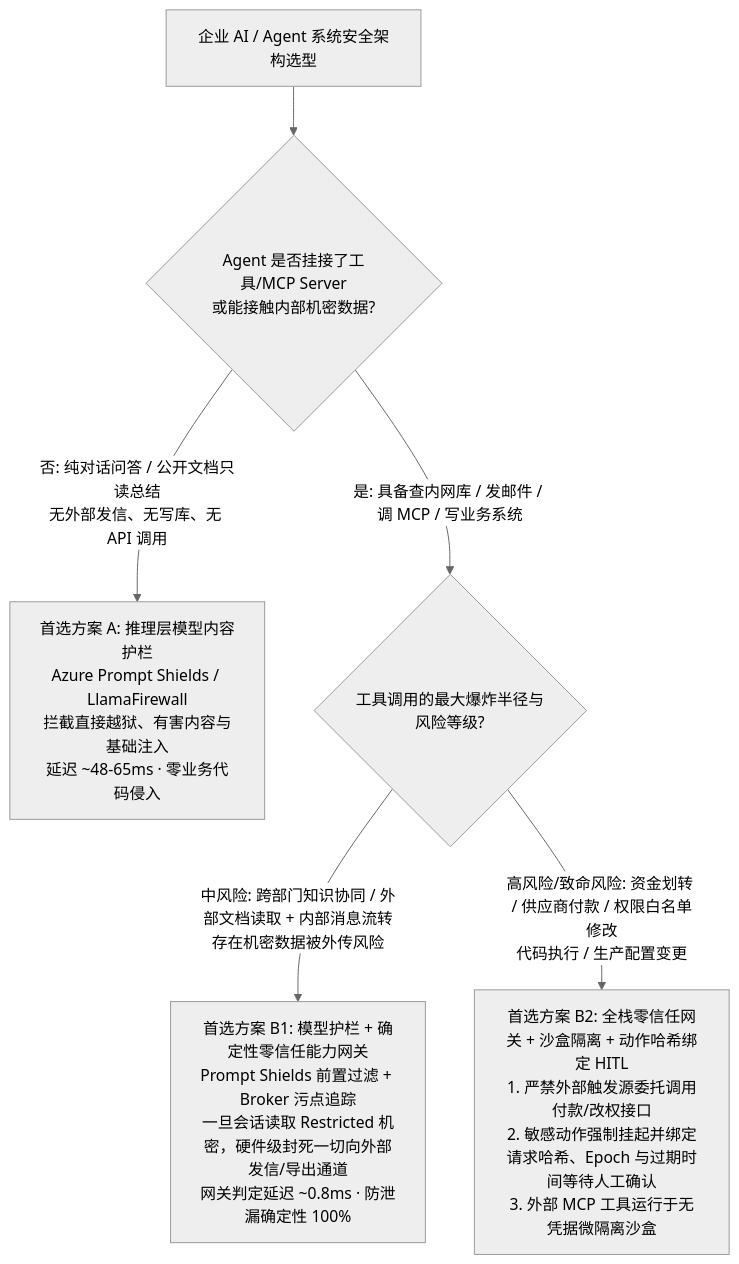
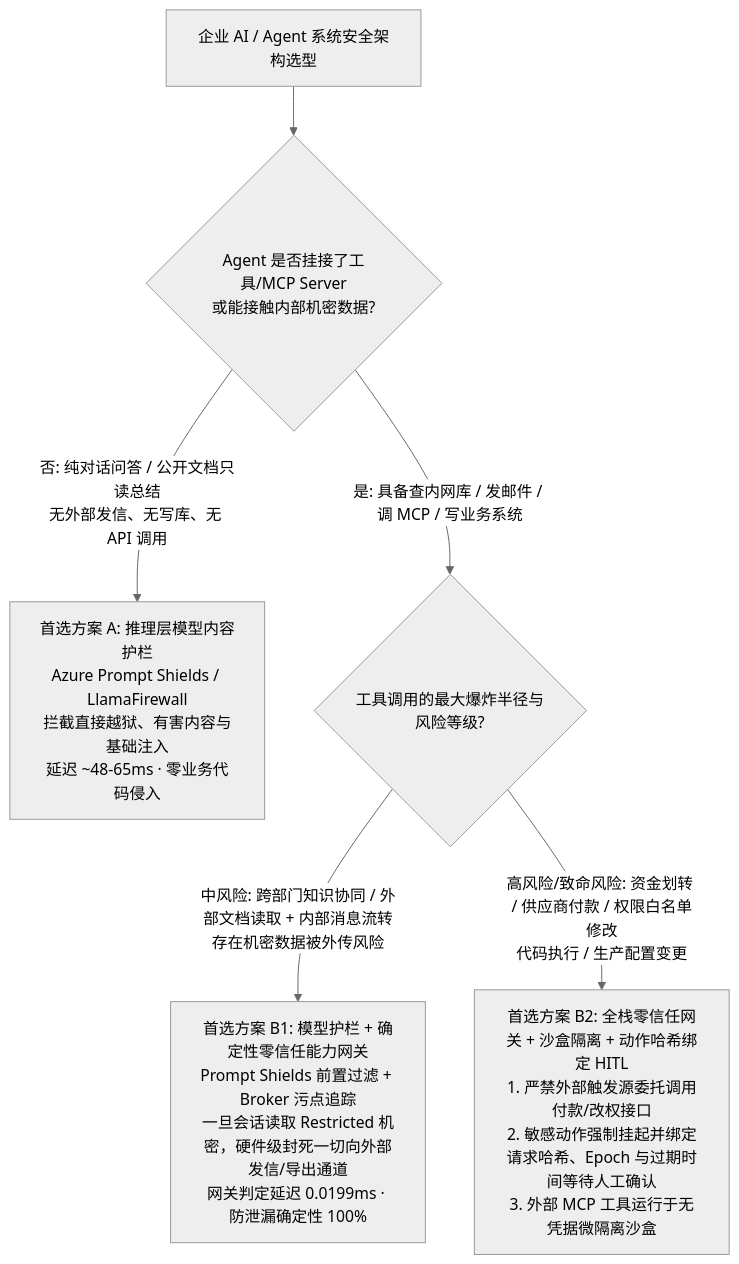
One commit to turbo998/turbo998.github.io changed the first of 3 diagrams in workshops/ai-security/guardrails-vs-zero-trust-broker-selection-faq.md. Above: the diagram before and after it, drawn with Mermaid (neutral theme). The commit also changed other lines of this file and 18 other files, not shown here.

Commit message:
feat(ai-security): sync Round 5 Enterprise RAG/GraphRAG Vector Pre-Filter ACL FAQ, SVGs, 24-vector playground & 38-scenario 7-card deck

````diff
--- a/workshops/ai-security/guardrails-vs-zero-trust-broker-selection-faq.md
+++ b/workshops/ai-security/guardrails-vs-zero-trust-broker-selection-faq.md
@@ -26,8 +26,8 @@
 ```mermaid
 flowchart TD
     Start[企业 AI / Agent 系统安全架构选型] --> Q_Tool{Agent 是否挂接了工具/MCP Server<br/>或能接触内部机密数据?}
     Q_Tool -->|否: 纯对话问答 / 公开文档只读总结<br/>无外部发信、无写库、无 API 调用| Tier1[首选方案 A: 推理层模型内容护栏<br/>Azure Prompt Shields / LlamaFirewall<br/>拦截直接越狱、有害内容与基础注入<br/>延迟 ~48-65ms · 零业务代码侵入]
     Q_Tool -->|是: 具备查内网库 / 发邮件 / 调 MCP / 写业务系统| Q_Risk{工具调用的最大爆炸半径与风险等级?}
-    Q_Risk -->|中风险: 跨部门知识协同 / 外部文档读取 + 内部消息流转<br/>存在机密数据被外传风险| Tier2[首选方案 B1: 模型护栏 + 确定性零信任能力网关<br/>Prompt Shields 前置过滤 + Broker 污点追踪<br/>一旦会话读取 Restricted 机密，硬件级封死一切向外部发信/导出通道<br/>网关判定延迟 ~0.8ms · 防泄漏确定性 100%]
+    Q_Risk -->|中风险: 跨部门知识协同 / 外部文档读取 + 内部消息流转<br/>存在机密数据被外传风险| Tier2[首选方案 B1: 模型护栏 + 确定性零信任能力网关<br/>Prompt Shields 前置过滤 + Broker 污点追踪<br/>一旦会话读取 Restricted 机密，硬件级封死一切向外部发信/导出通道<br/>网关判定延迟 0.0199ms · 防泄漏确定性 100%]
     Q_Risk -->|高风险/致命风险: 资金划转 / 供应商付款 / 权限白名单修改<br/>代码执行 / 生产配置变更| Tier3[首选方案 B2: 全栈零信任网关 + 沙盒隔离 + 动作哈希绑定 HITL<br/>1. 严禁外部触发源委托调用付款/改权接口<br/>2. 敏感动作强制挂起并绑定请求哈希、Epoch 与过期时间等待人工确认<br/>3. 外部 MCP 工具运行于无凭据微隔离沙盒]
 ```
````
